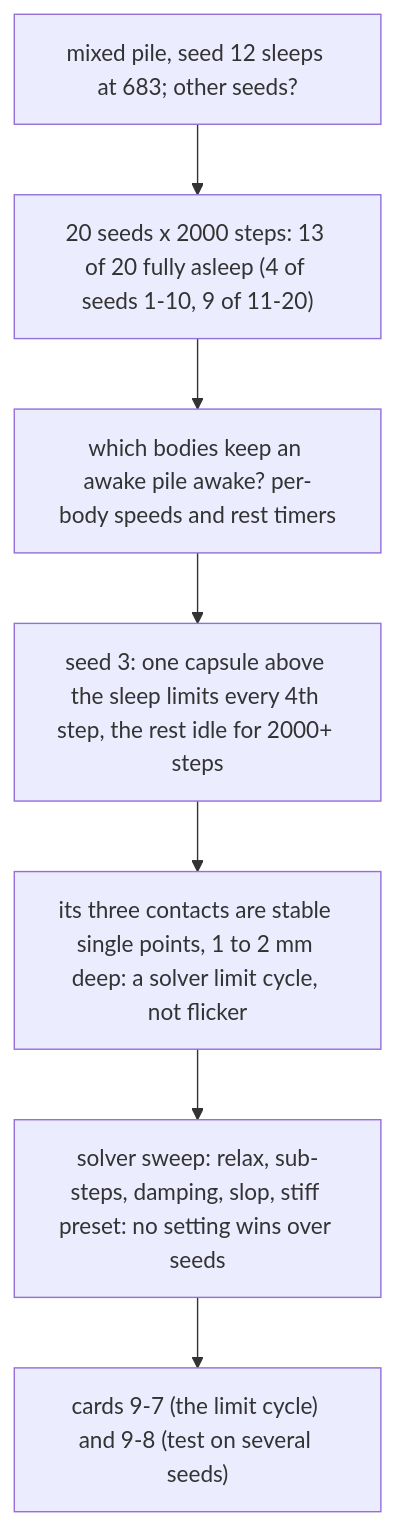
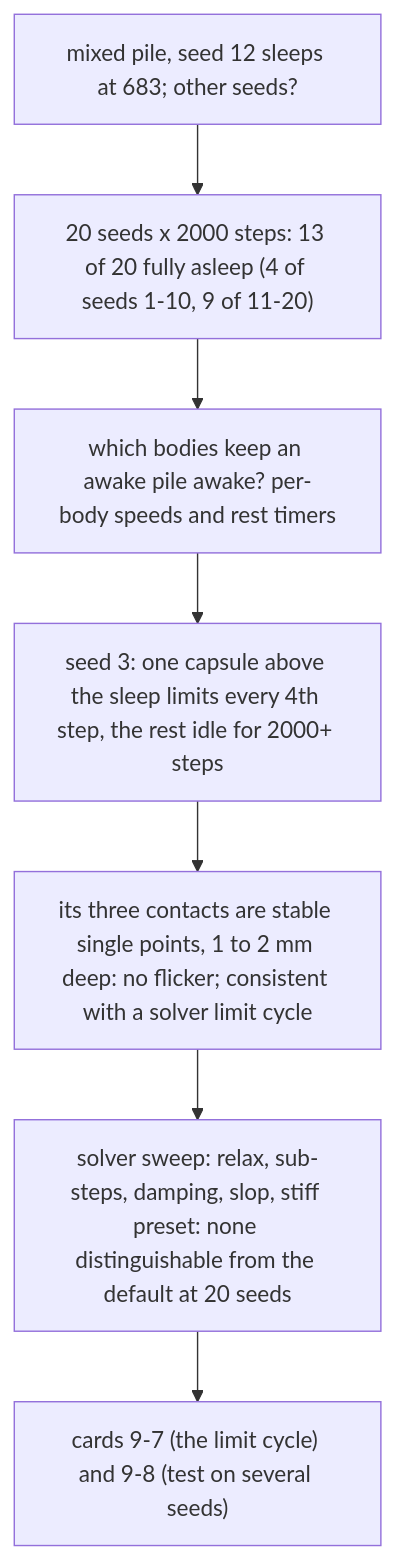
One commit to giamat90/DuckEngine changed the diagram in reviews/9-6.md. Above: the diagram before and after it, drawn with Mermaid. The commit also changed other lines of this file, not shown here.

````diff
--- a/reviews/9-6.md
+++ b/reviews/9-6.md
@@ -5,9 +5,9 @@
 ```mermaid
 flowchart TD
   A["mixed pile, seed 12 sleeps at 683; other seeds?"] --> B["20 seeds x 2000 steps: 13 of 20 fully asleep (4 of seeds 1-10, 9 of 11-20)"]
   B --> C["which bodies keep an awake pile awake? per-body speeds and rest timers"]
   C --> D["seed 3: one capsule above the sleep limits every 4th step, the rest idle for 2000+ steps"]
-  D --> E["its three contacts are stable single points, 1 to 2 mm deep: a solver limit cycle, not flicker"]
-  E --> F["solver sweep: relax, sub-steps, damping, slop, stiff preset: no setting wins over seeds"]
+  D --> E["its three contacts are stable single points, 1 to 2 mm deep: no flicker; consistent with a solver limit cycle"]
+  E --> F["solver sweep: relax, sub-steps, damping, slop, stiff preset: none distinguishable from the default at 20 seeds"]
   F --> G["cards 9-7 (the limit cycle) and 9-8 (test on several seeds)"]
 ```
````
